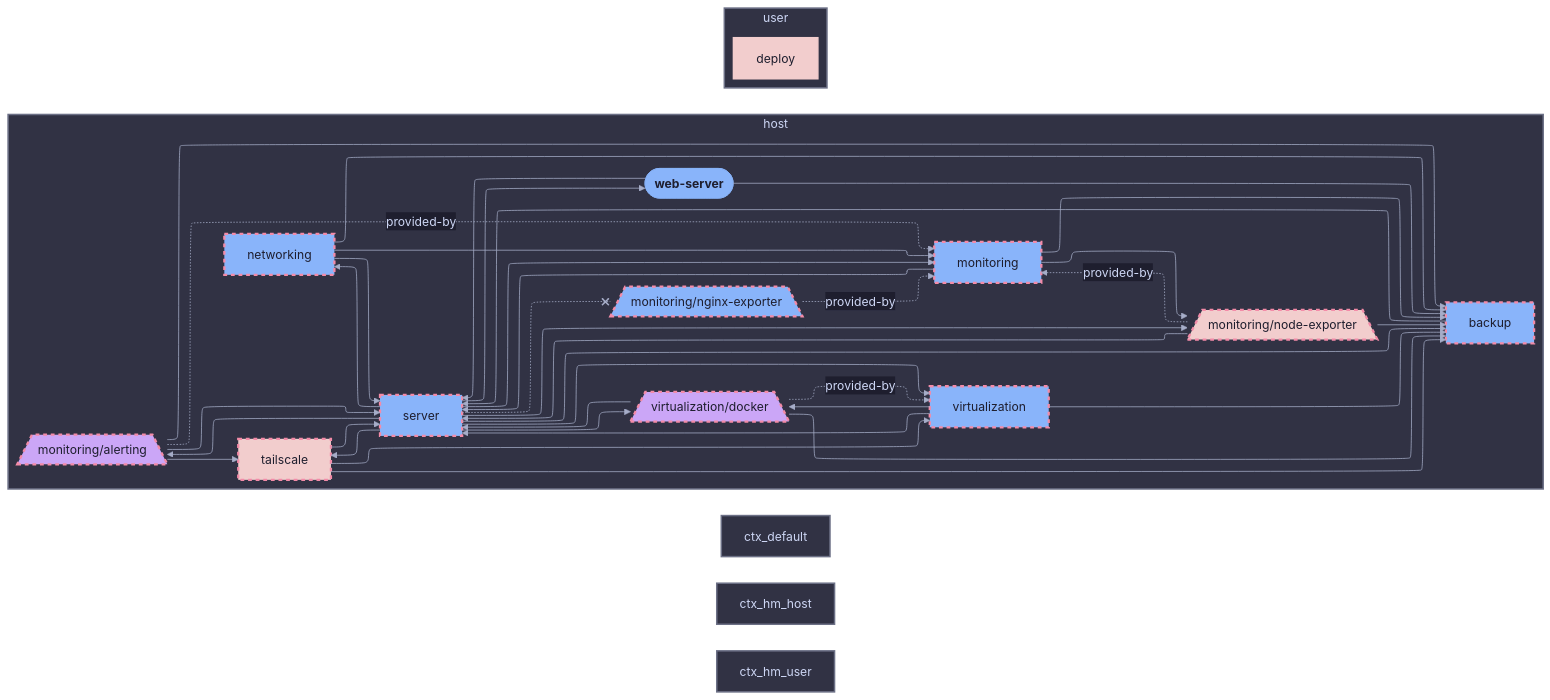
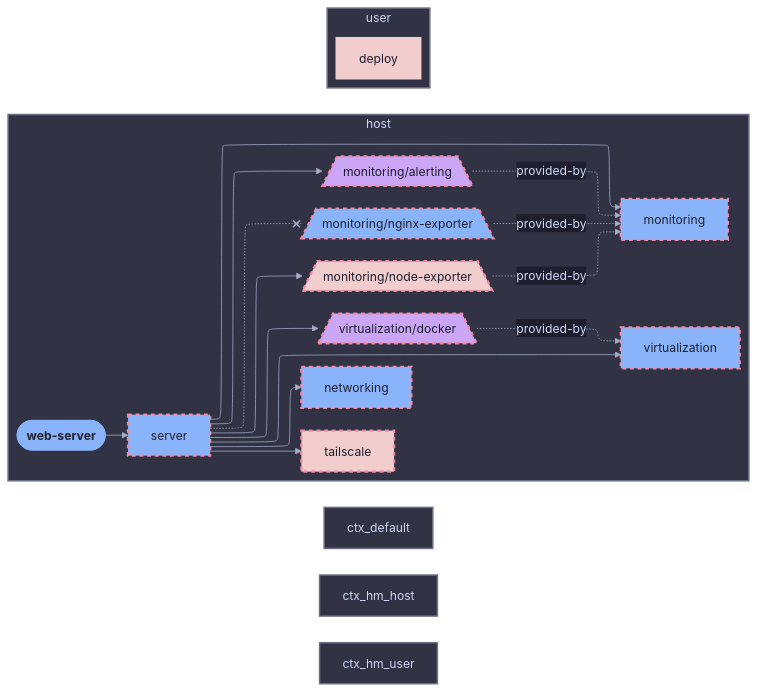
Before and after one commit to sini/den: the diagram in templates/diag-fx-demo/diagrams/web-server-diff-classes.md, drawn with Mermaid. The commit also changed 849 other files, not shown here.

Commit message:
chore: update fx diagrams

````diff
--- a/templates/diag-fx-demo/diagrams/web-server-diff-classes.md
+++ b/templates/diag-fx-demo/diagrams/web-server-diff-classes.md
@@ -5,78 +5,53 @@
 ```mermaid
 %%{init: {"elk":{"mergeEdges":true,"nodePlacementStrategy":"BRANDES_KOEPF"},"layout":"elk","theme":"base","themeVariables":{"activationBkgColor":"#313244","activationBorderColor":"#6c7086","actorBkg":"#313244","actorBorder":"#a6adc8","actorLineColor":"#a6adc8","actorTextColor":"#cdd6f4","background":"#1e1e2e","classText":"#cdd6f4","clusterBkg":"#313244","clusterBorder":"#6c7086","edgeLabelBackground":"#1e1e2e","labelBoxBkgColor":"#313244","labelBoxBorderColor":"#a6adc8","labelTextColor":"#cdd6f4","lineColor":"#a6adc8","loopTextColor":"#cdd6f4","mainBkg":"#313244","nodeBkg":"#313244","nodeBorder":"#a6adc8","nodeTextColor":"#cdd6f4","noteBkgColor":"#313244","noteBorderColor":"#6c7086","noteTextColor":"#cdd6f4","pie1":"#f38ba8","pie2":"#fab387","pie3":"#f9e2af","pie4":"#a6e3a1","pie5":"#94e2d5","pie6":"#89b4fa","pie7":"#cba6f7","pie8":"#f2cdcd","pieLegendTextColor":"#cdd6f4","pieOuterStrokeColor":"#6c7086","pieSectionTextColor":"#cdd6f4","pieStrokeColor":"#6c7086","pieTitleTextColor":"#cdd6f4","primaryBorderColor":"#a6adc8","primaryColor":"#313244","primaryTextColor":"#cdd6f4","secondBkg":"#313244","secondaryBorderColor":"#6c7086","secondaryColor":"#313244","secondaryTextColor":"#cdd6f4","sequenceNumberColor":"#1e1e2e","signalColor":"#a6adc8","signalTextColor":"#cdd6f4","tertiaryBorderColor":"#6c7086","tertiaryColor":"#313244","tertiaryTextColor":"#cdd6f4","textColor":"#cdd6f4","titleColor":"#cdd6f4"}}}%%
 graph LR
   web_server([web-server]):::root
 
   subgraph ctx_host["host"]
   monitoring__alerting[/"monitoring/alerting"\]:::monitoring__alerting_c
-  backup["backup"]:::backup_c
   virtualization__docker[/"virtualization/docker"\]:::virtualization__docker_c
   monitoring["monitoring"]:::monitoring_c
   networking["networking"]:::networking_c
   monitoring__nginx_exporter[/"monitoring/nginx-exporter"\]:::monitoring__nginx_exporter_c
   monitoring__node_exporter[/"monitoring/node-exporter"\]:::monitoring__node_exporter_c
   server["server"]:::server_c
   tailscale["tailscale"]:::tailscale_c
   virtualization["virtualization"]:::virtualization_c
-  backup --> server
-  monitoring --> backup
-  monitoring --> monitoring__node_exporter
-  monitoring --> server
-  monitoring__alerting --> backup
   monitoring__alerting -.->|provided-by| monitoring
-  monitoring__alerting --> server
-  monitoring__alerting --> tailscale
   monitoring__nginx_exporter -.->|provided-by| monitoring
-  monitoring__node_exporter --> backup
   monitoring__node_exporter -.->|provided-by| monitoring
-  monitoring__node_exporter --> server
-  networking --> backup
-  networking --> monitoring
-  networking --> server
-  server --> backup
   server --> monitoring
   server --> monitoring__alerting
   server -.-x monitoring__nginx_exporter
   server --> monitoring__node_exporter
   server --> networking
   server --> tailscale
   server --> virtualization
   server --> virtualization__docker
-  server --> web_server
-  tailscale --> backup
-  tailscale --> server
-  tailscale --> virtualization
-  virtualization --> backup
-  virtualization --> server
-  virtualization --> virtualization__docker
-  virtualization__docker --> backup
-  virtualization__docker --> server
   virtualization__docker -.->|provided-by| virtualization
-  web_server --> backup
   web_server --> server
   end
   subgraph ctx_user["user"]
   deploy["deploy"]:::deploy_c
 
   end
 
 
   classDef root fill:#89b4fa,stroke:#89b4fa,color:#1e1e2e,font-weight:bold
   classDef monitoring__alerting_c fill:#cba6f7,stroke:#f38ba8,color:#1e1e2e,stroke-dasharray: 5 5,stroke-width:3px
-  classDef backup_c fill:#89b4fa,stroke:#f38ba8,color:#1e1e2e,stroke-dasharray: 5 5,stroke-width:3px
   classDef deploy_c fill:#f2cdcd,stroke:#f2cdcd,color:#1e1e2e,stroke-width:2px
   classDef virtualization__docker_c fill:#cba6f7,stroke:#f38ba8,color:#1e1e2e,stroke-dasharray: 5 5,stroke-width:3px
   classDef monitoring_c fill:#89b4fa,stroke:#f38ba8,color:#1e1e2e,stroke-dasharray: 5 5,stroke-width:3px
   classDef networking_c fill:#89b4fa,stroke:#f38ba8,color:#1e1e2e,stroke-dasharray: 5 5,stroke-width:3px
   classDef monitoring__nginx_exporter_c fill:#89b4fa,stroke:#f38ba8,color:#1e1e2e,stroke-dasharray: 5 5,stroke-width:3px
   classDef monitoring__node_exporter_c fill:#f2cdcd,stroke:#f38ba8,color:#1e1e2e,stroke-dasharray: 5 5,stroke-width:3px
   classDef server_c fill:#89b4fa,stroke:#f38ba8,color:#1e1e2e,stroke-dasharray: 5 5,stroke-width:3px
   classDef tailscale_c fill:#f2cdcd,stroke:#f38ba8,color:#1e1e2e,stroke-dasharray: 5 5,stroke-width:3px
   classDef virtualization_c fill:#89b4fa,stroke:#f38ba8,color:#1e1e2e,stroke-dasharray: 5 5,stroke-width:3px
   classDef web_server_c fill:#cba6f7,stroke:#f38ba8,color:#1e1e2e,stroke-dasharray: 5 5,stroke-width:3px
 style ctx_host fill:#313244,stroke:#6c7086,stroke-width:2px
 style ctx_default fill:#313244,stroke:#6c7086,stroke-width:2px
 style ctx_hm_host fill:#313244,stroke:#6c7086,stroke-width:2px
 style ctx_hm_user fill:#313244,stroke:#6c7086,stroke-width:2px
 style ctx_user fill:#313244,stroke:#6c7086,stroke-width:2px
 ```
````
